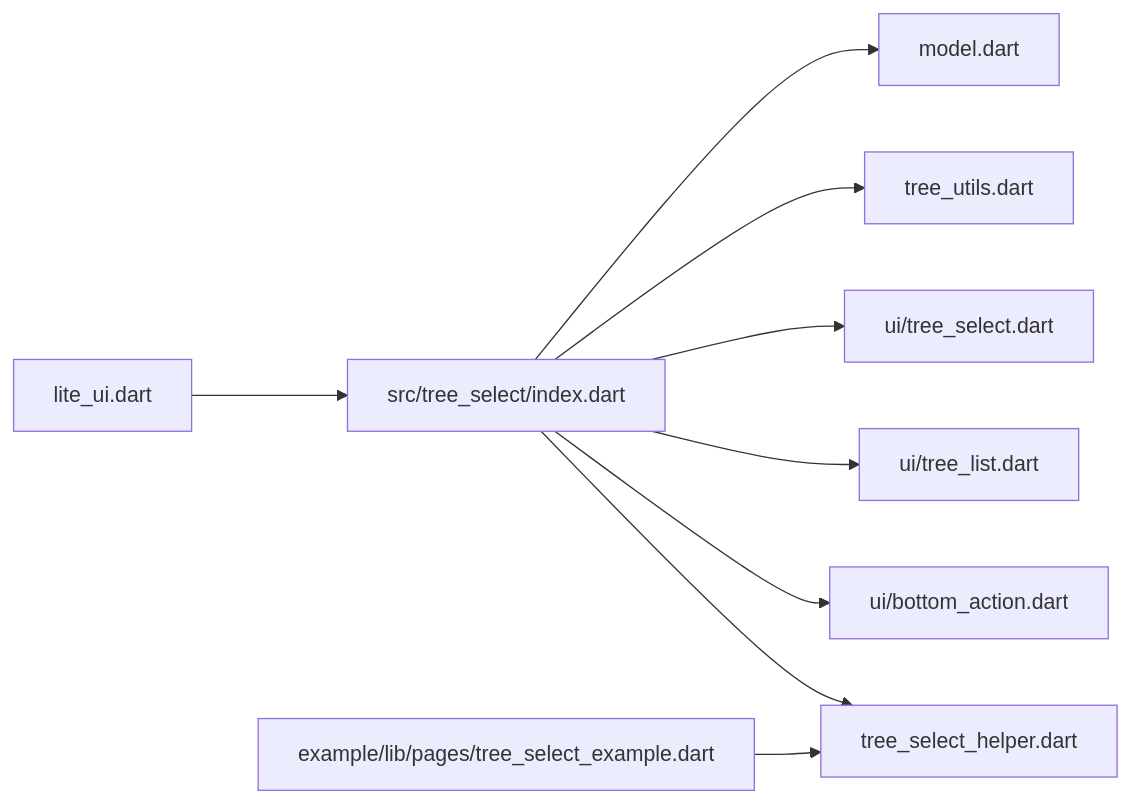
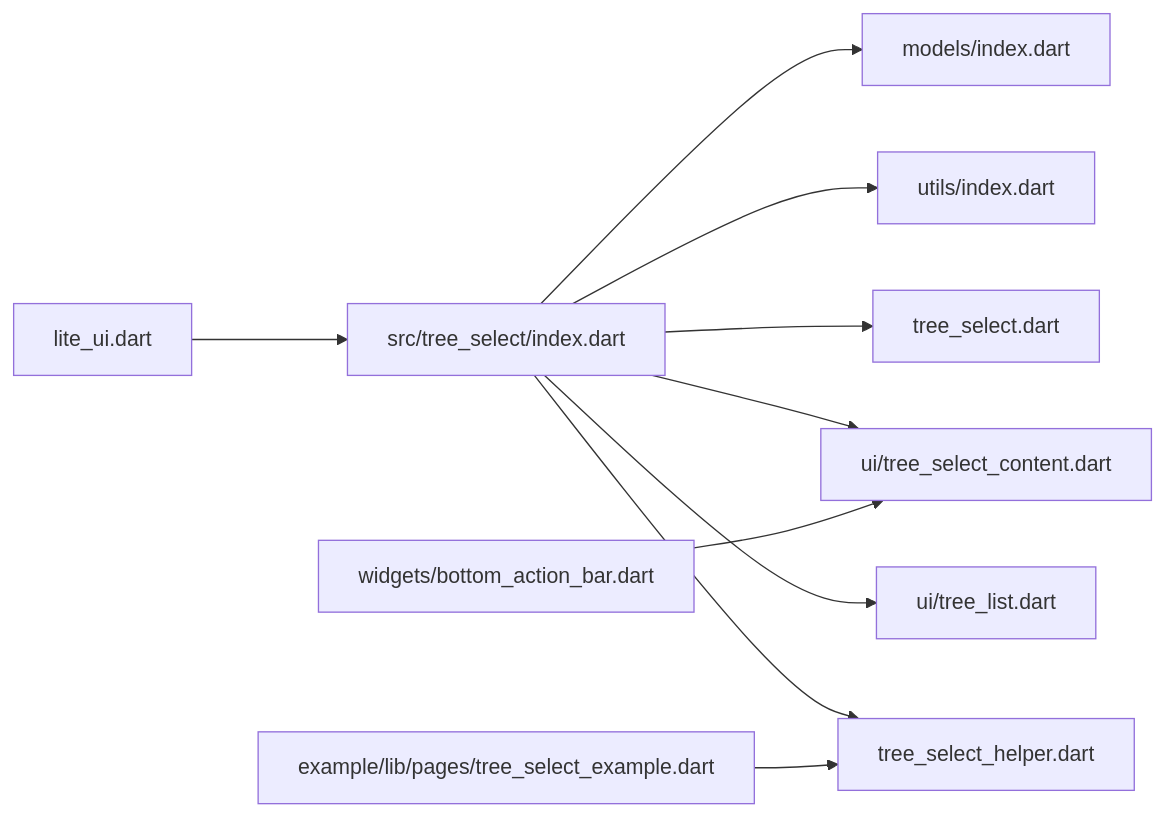
The fifth of 5 diagrams in .qoder/repowiki/zh/content/高级组件/树形选择器.md (yuzhido/lite-ui), drawn with Mermaid before and after one commit. The commit also changed other lines of this file and 22 other files, not shown here.

````diff
--- a/.qoder/repowiki/zh/content/高级组件/树形选择器.md
+++ b/.qoder/repowiki/zh/content/高级组件/树形选择器.md
@@ -307,11 +345,12 @@
 ```mermaid
 graph LR
 Lite["lite_ui.dart"] --> Index["src/tree_select/index.dart"]
-Index --> Model["model.dart"]
-Index --> Utils["tree_utils.dart"]
-Index --> UISelect["ui/tree_select.dart"]
-Index --> UIList["ui/tree_list.dart"]
-Index --> UIBottom["ui/bottom_action.dart"]
+Index --> Model["models/index.dart"]
+Index --> Utils["utils/index.dart"]
+Index --> TS["tree_select.dart"]
+Index --> TMC["ui/tree_select_content.dart"]
+Index --> TL["ui/tree_list.dart"]
 Index --> Helper["tree_select_helper.dart"]
+BA["widgets/bottom_action_bar.dart"] --> TMC
 Example["example/lib/pages/tree_select_example.dart"] --> Helper
 ```
````
